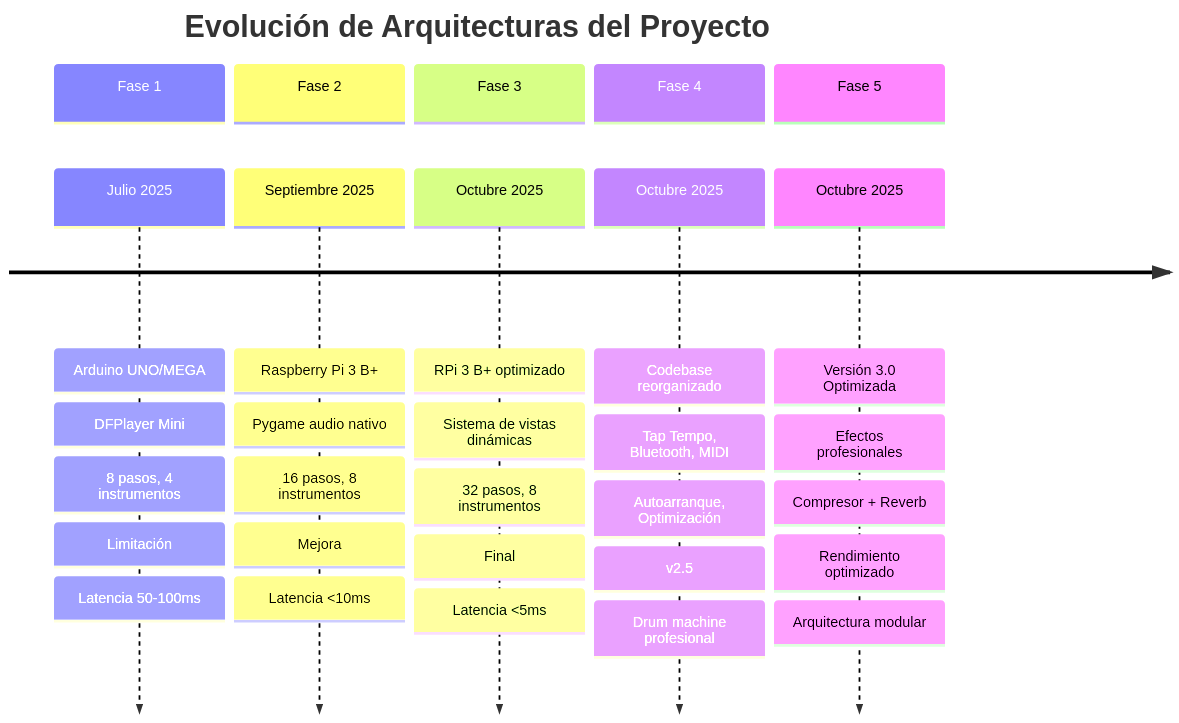
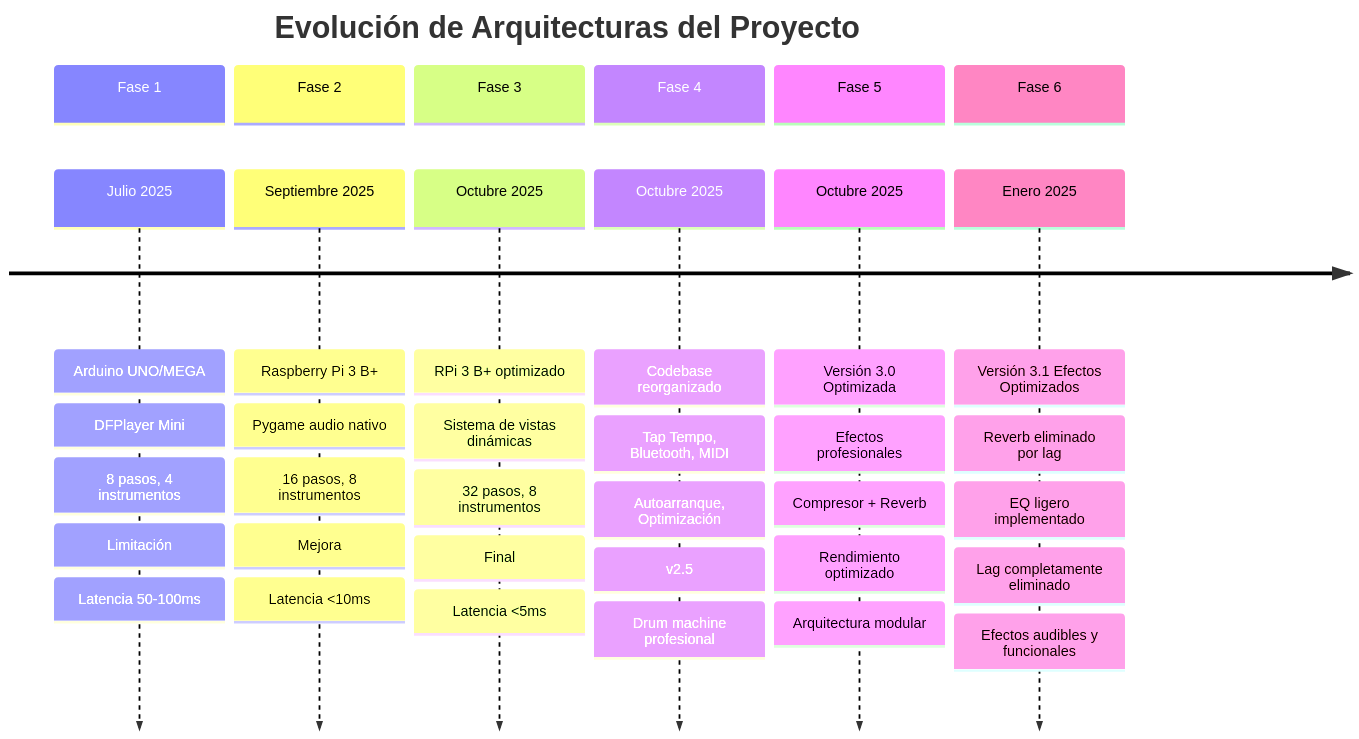
The first of 10 diagrams in docs/INFORME_TECNICO_PRODUCTO.md (Camionerou/TP-FINAL-2025-Drum-Machine), drawn with Mermaid before and after one commit. The commit also changed other lines of this file, not shown here.

First line of the commit message:
docs: Update technical report to v3.1 - Efectos Optimizados

````diff
--- a/docs/INFORME_TECNICO_PRODUCTO.md
+++ b/docs/INFORME_TECNICO_PRODUCTO.md
@@ -45,30 +46,36 @@
 ```mermaid
 timeline
     title Evolución de Arquitecturas del Proyecto
     section Fase 1
         Julio 2025 : Arduino UNO/MEGA
                    : DFPlayer Mini
                    : 8 pasos, 4 instrumentos
                    : Limitación: Latencia 50-100ms
     section Fase 2
         Septiembre 2025 : Raspberry Pi 3 B+
                         : Pygame audio nativo
                         : 16 pasos, 8 instrumentos
                         : Mejora: Latencia <10ms
     section Fase 3
         Octubre 2025 : RPi 3 B+ optimizado
                      : Sistema de vistas dinámicas
                      : 32 pasos, 8 instrumentos
                      : Final: Latencia <5ms
     section Fase 4
         Octubre 2025 : Codebase reorganizado
                      : Tap Tempo, Bluetooth, MIDI
                      : Autoarranque, Optimización
                      : v2.5: Drum machine profesional
     section Fase 5
         Octubre 2025 : Versión 3.0 Optimizada
                      : Efectos profesionales
                      : Compresor + Reverb
                      : Rendimiento optimizado
                      : Arquitectura modular
+    section Fase 6
+        Enero 2025 : Versión 3.1 Efectos Optimizados
+                   : Reverb eliminado por lag
+                   : EQ ligero implementado
+                   : Lag completamente eliminado
+                   : Efectos audibles y funcionales
 ```
````
